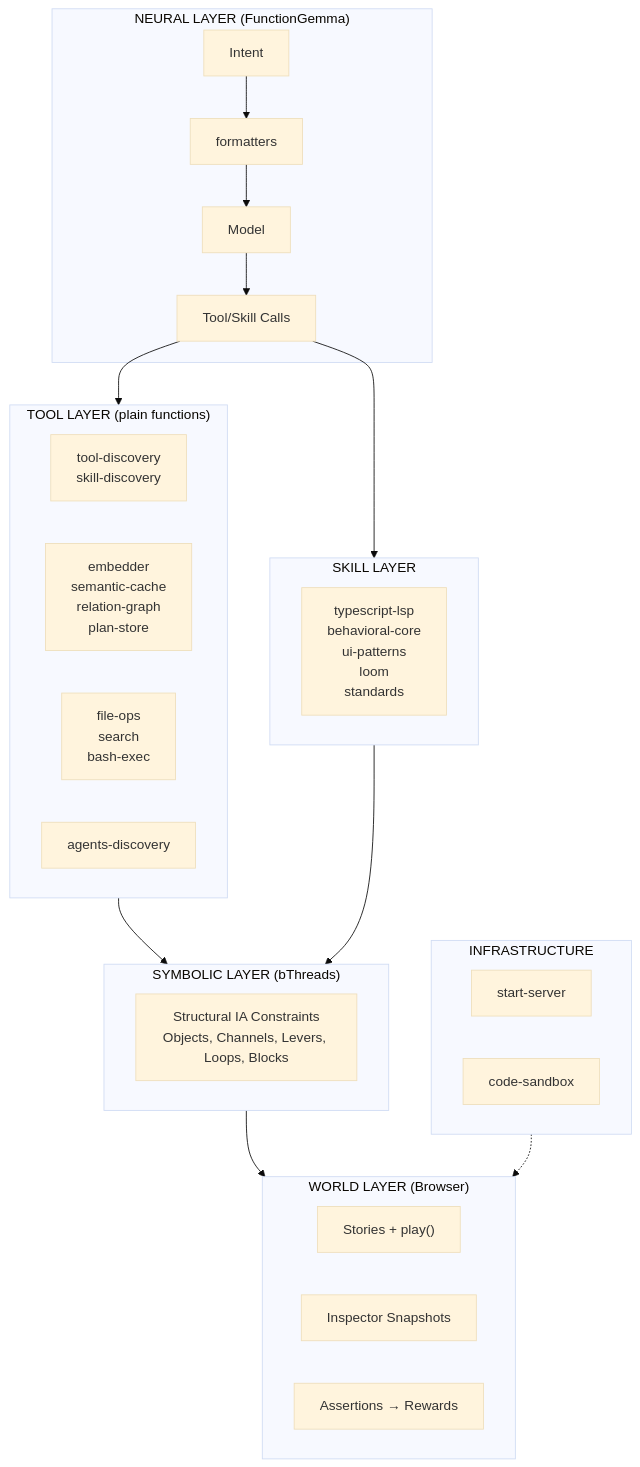
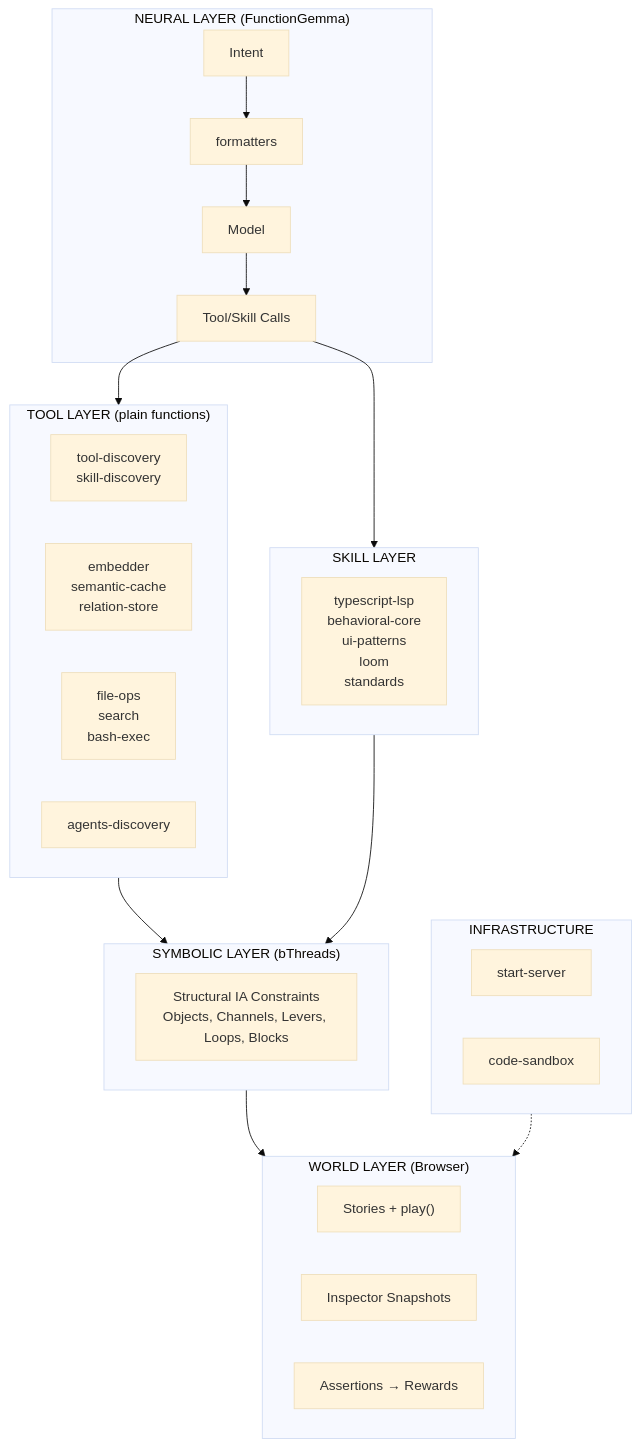
Before and after one commit to plaited/plaited: the diagram in PLAITED-AGENT-PLAN.md, drawn with Mermaid (base theme). The commit also changed other lines of this file and 8 other files, not shown here.

First line of the commit message:
feat(agent): complete tool layer with relation-store and semantic-cache refactor

````diff
--- a/PLAITED-AGENT-PLAN.md
+++ b/PLAITED-AGENT-PLAN.md
@@ -14,43 +14,43 @@
 ```mermaid
 flowchart TB
     subgraph Neural["NEURAL LAYER (FunctionGemma)"]
         Intent["Intent"]
         Formatters["formatters"]
         Model["Model"]
         Calls["Tool/Skill Calls"]
         Intent --> Formatters --> Model --> Calls
     end
 
     subgraph Tool["TOOL LAYER (plain functions)"]
         Discovery["tool-discovery<br/>skill-discovery"]
-        Utils["embedder<br/>semantic-cache<br/>relation-graph<br/>plan-store"]
+        Utils["embedder<br/>semantic-cache<br/>relation-store"]
         FileOps["file-ops<br/>search<br/>bash-exec"]
         AgentsDisc["agents-discovery"]
     end
 
     subgraph Skill["SKILL LAYER"]
         Skills["typescript-lsp<br/>behavioral-core<br/>ui-patterns<br/>loom<br/>standards"]
     end
 
     subgraph Symbolic["SYMBOLIC LAYER (bThreads)"]
         Constraints["Structural IA Constraints<br/>Objects, Channels, Levers, Loops, Blocks"]
     end
 
     subgraph World["WORLD LAYER (Browser)"]
         Stories["Stories + play()"]
         Inspector["Inspector Snapshots"]
         Assertions["Assertions → Rewards"]
     end
 
     subgraph Infra["INFRASTRUCTURE"]
         StartServer["start-server"]
         Sandbox["code-sandbox"]
     end
 
     Calls --> Tool
     Calls --> Skill
     Tool --> Symbolic
     Skill --> Symbolic
     Symbolic --> World
     Infra -.-> World
 ```
````
